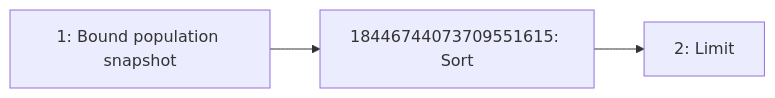
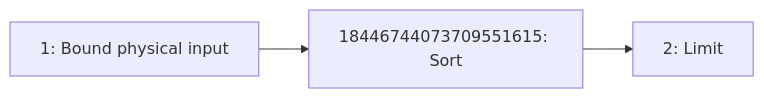
Before and after one commit to ProjectASAP/ASAPQuery-backend: the second of 2 diagrams in docs/evaluation/issue754-human-review/spatial-topk.md, drawn with Mermaid. The commit also changed other lines of this file and 53 other files, not shown here.

````diff
--- a/docs/evaluation/issue754-human-review/spatial-topk.md
+++ b/docs/evaluation/issue754-human-review/spatial-topk.md
@@ -44,8 +44,8 @@
 ```mermaid
 flowchart LR
-  P1["1: Bound population snapshot"]
+  P1["1: Bound physical input"]
   P18446744073709551615["18446744073709551615: Sort"]
   P1 --> P18446744073709551615
   P2["2: Limit"]
   P18446744073709551615 --> P2
 ```
````
